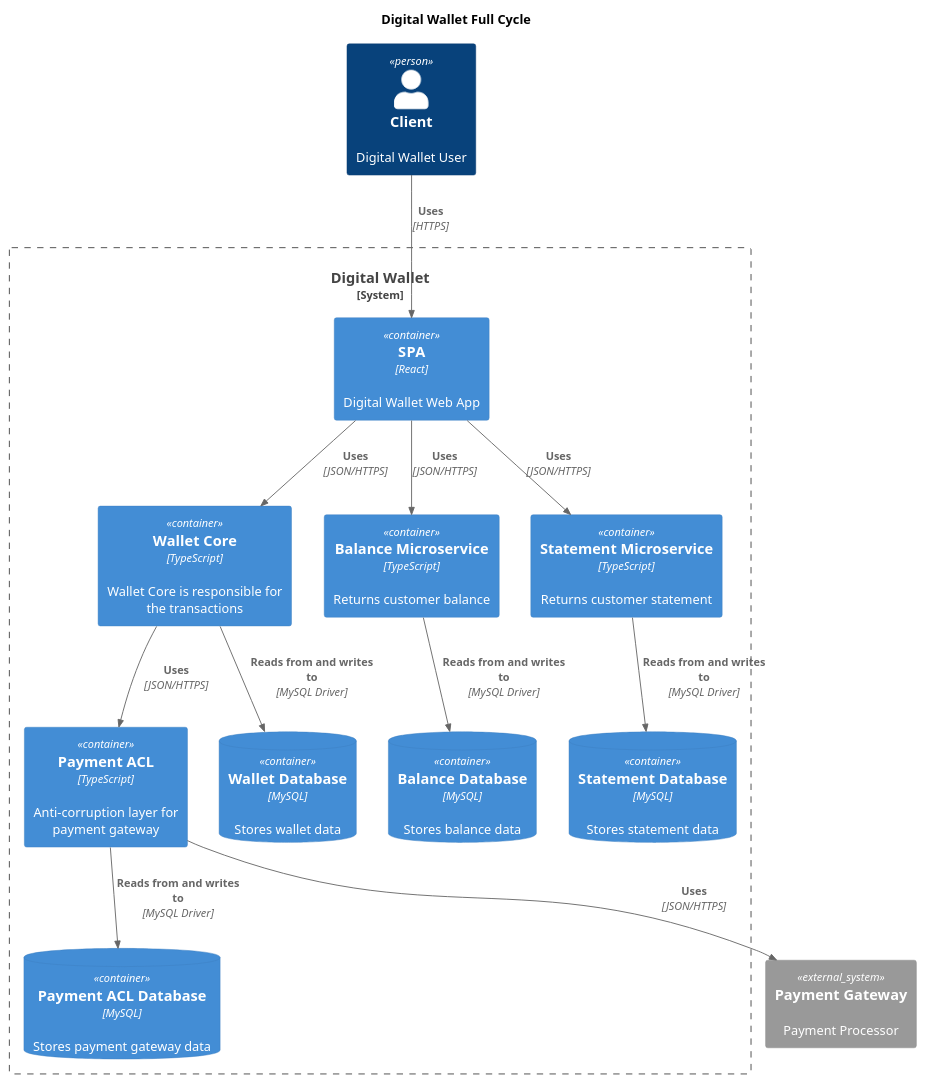
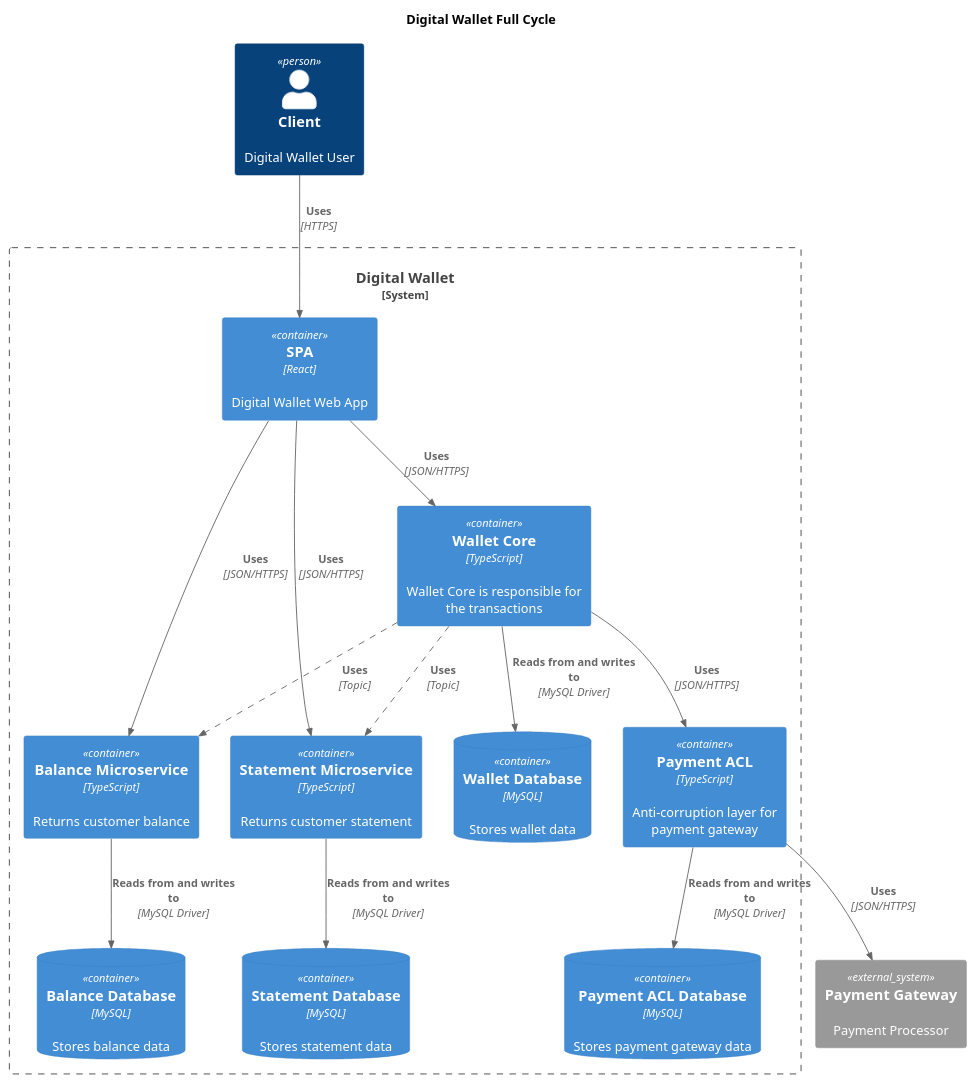
Before and after one commit to higorrsc/fc-hrsc-microservices: the diagram in containers.puml, drawn with PlantUML.

Commit message:
feat: add async calls

```diff
--- a/containers.puml
+++ b/containers.puml
@@ -1,37 +1,41 @@
 @startuml containers
 !include https://raw.githubusercontent.com/plantuml-stdlib/C4-PlantUML/master/C4_Container.puml
+AddRelTag("async", $lineStyle = DashedLine())
 
 title "Digital Wallet Full Cycle"
 
 Person(client, "Client", "Digital Wallet User")
 
 System_Ext(payment_gateway, "Payment Gateway", "Payment Processor")
 
 System_Boundary(digital_wallet, "Digital Wallet") {
   Container(spa, "SPA", "React", "Digital Wallet Web App")
   Container(wallet_core, "Wallet Core", "TypeScript", "Wallet Core is responsible for the transactions")
   Container(balance_service, "Balance Microservice", "TypeScript", "Returns customer balance")
   Container(statement_service, "Statement Microservice", "TypeScript", "Returns customer statement")
   Container(payment_acl, "Payment ACL", "TypeScript", "Anti-corruption layer for payment gateway")
   
   ContainerDb(wallet_db, "Wallet Database", "MySQL", "Stores wallet data")
   Rel(wallet_core, wallet_db, "Reads from and writes to", "MySQL Driver")
 
   ContainerDb(balance_db, "Balance Database", "MySQL", "Stores balance data")
   Rel(balance_service, balance_db, "Reads from and writes to", "MySQL Driver")
   
   ContainerDb(statement_db, "Statement Database", "MySQL", "Stores statement data")
   Rel(statement_service, statement_db, "Reads from and writes to", "MySQL Driver")
 
   ContainerDb(payment_acl_db, "Payment ACL Database", "MySQL", "Stores payment gateway data")
   Rel(payment_acl, payment_acl_db, "Reads from and writes to", "MySQL Driver")
 
   Rel(client, spa, "Uses", "HTTPS")
   Rel(spa, wallet_core, "Uses", "JSON/HTTPS")
   Rel(spa, balance_service, "Uses", "JSON/HTTPS")
   Rel(spa, statement_service, "Uses", "JSON/HTTPS")
   Rel(wallet_core, payment_acl, "Uses", "JSON/HTTPS")
   Rel(payment_acl, payment_gateway, "Uses", "JSON/HTTPS")
+
+  Rel(wallet_core, balance_service, "Uses", "Topic", $tags="async")
+  Rel(wallet_core, statement_service, "Uses", "Topic", $tags="async")
 }
 
 @enduml
```
